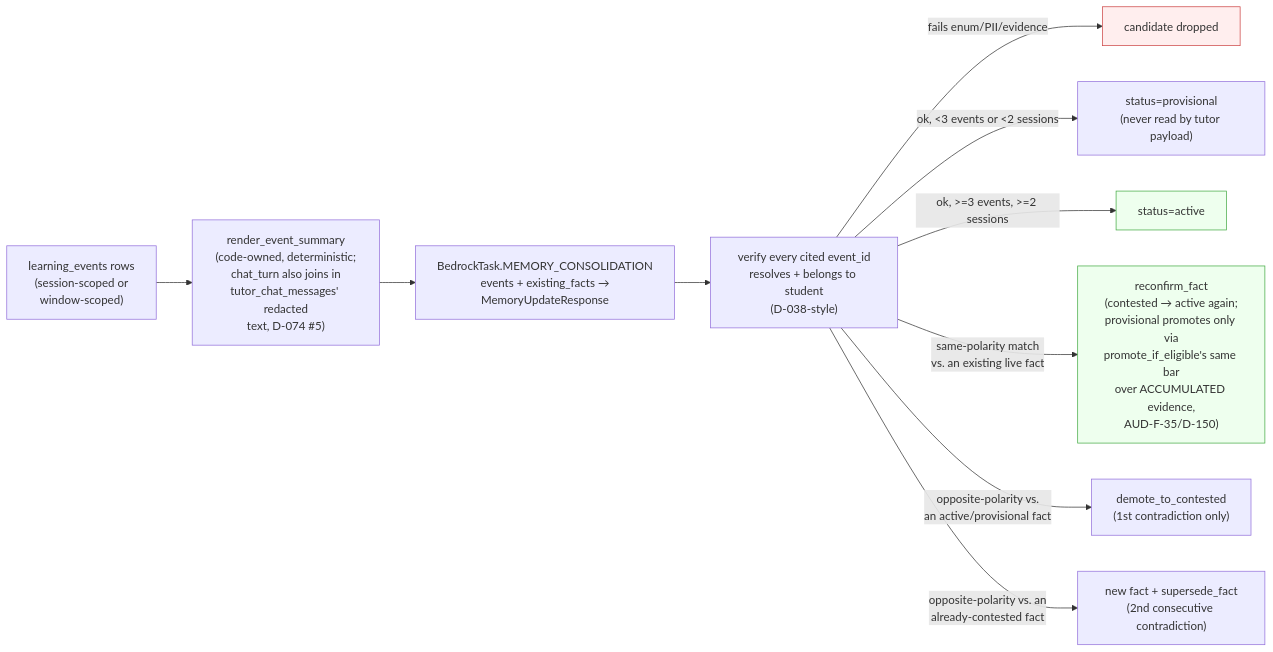
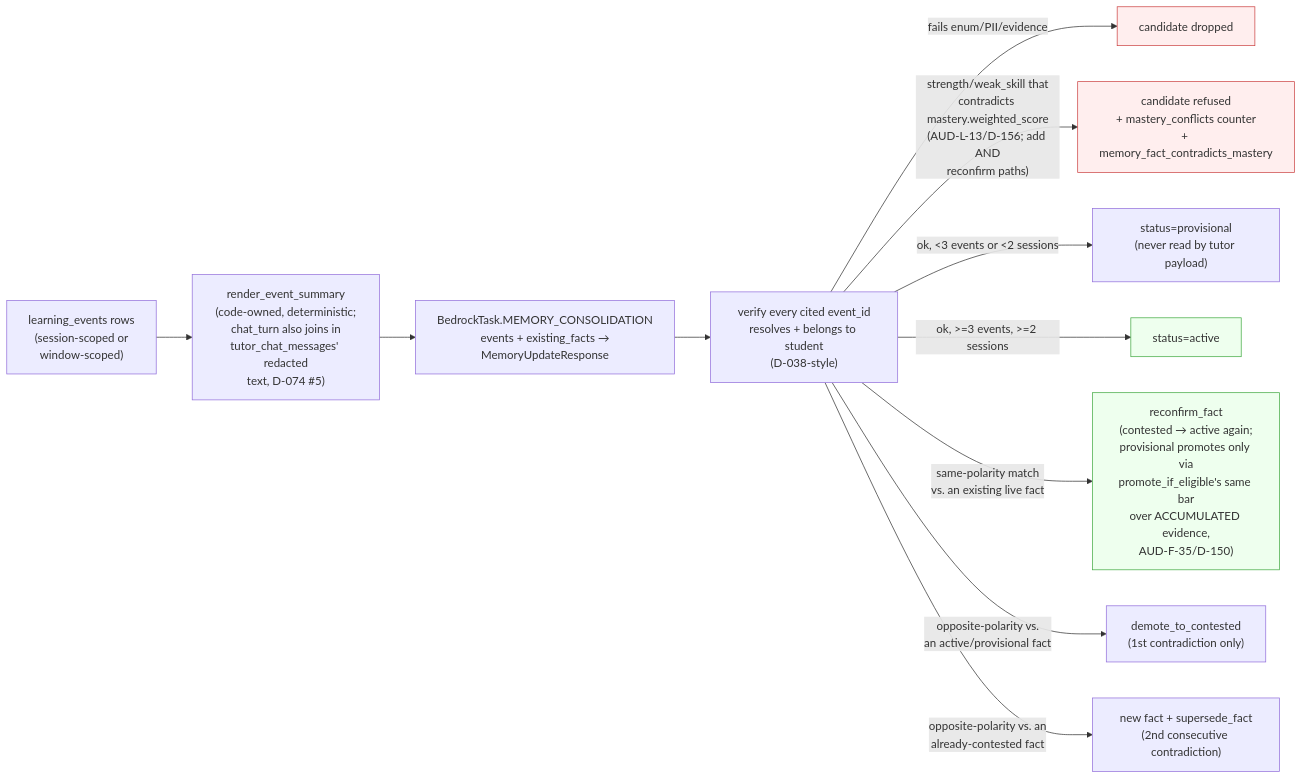
The ninth of 11 diagrams in docs/ARCHITECTURE.md (lucasjeongsikpark/IntelliChoice), drawn with Mermaid before and after one commit. The commit also changed other lines of this file and 26 other files, not shown here.

First line of the commit message:
D-156: an outage message, a memory floor, and one definition of "weak" (#87)

````diff
--- a/docs/ARCHITECTURE.md
+++ b/docs/ARCHITECTURE.md
@@ -743,17 +776,18 @@
 ```mermaid
 flowchart LR
     EVENTS["learning_events rows<br/>(session-scoped or<br/>window-scoped)"] --> RENDER["render_event_summary<br/>(code-owned, deterministic;<br/>chat_turn also joins in<br/>tutor_chat_messages' redacted<br/>text, D-074 #5)"]
     RENDER --> CALL["BedrockTask.MEMORY_CONSOLIDATION<br/>events + existing_facts →<br/>MemoryUpdateResponse"]
     CALL --> VERIFY["verify every cited event_id<br/>resolves + belongs to student<br/>(D-038-style)"]
     VERIFY -->|"fails enum/PII/evidence"| DROP["candidate dropped"]
+    VERIFY -->|"strength/weak_skill that<br/>contradicts mastery.weighted_score<br/>(AUD-L-13/D-156; add AND<br/>reconfirm paths)"| CONFLICT["candidate refused<br/>+ mastery_conflicts counter<br/>+ memory_fact_contradicts_mastery"]
     VERIFY -->|"ok, <3 events or <2 sessions"| PROV["status=provisional<br/>(never read by tutor payload)"]
     VERIFY -->|"ok, >=3 events, >=2 sessions"| ACTIVE["status=active"]
     VERIFY -->|"same-polarity match<br/>vs. an existing live fact"| RECONFIRM["reconfirm_fact<br/>(contested → active again;<br/>provisional promotes only via<br/>promote_if_eligible's same bar<br/>over ACCUMULATED evidence,<br/>AUD-F-35/D-150)"]
     VERIFY -->|"opposite-polarity vs.<br/>an active/provisional fact"| DEMOTE["demote_to_contested<br/>(1st contradiction only)"]
     VERIFY -->|"opposite-polarity vs. an<br/>already-contested fact"| SUPERSEDE["new fact + supersede_fact<br/>(2nd consecutive contradiction)"]
 
     classDef terminal fill:#efe,stroke:#4a4
     classDef reject fill:#fee,stroke:#c44
     class ACTIVE,RECONFIRM terminal
-    class DROP reject
+    class DROP,CONFLICT reject
 ```
````
